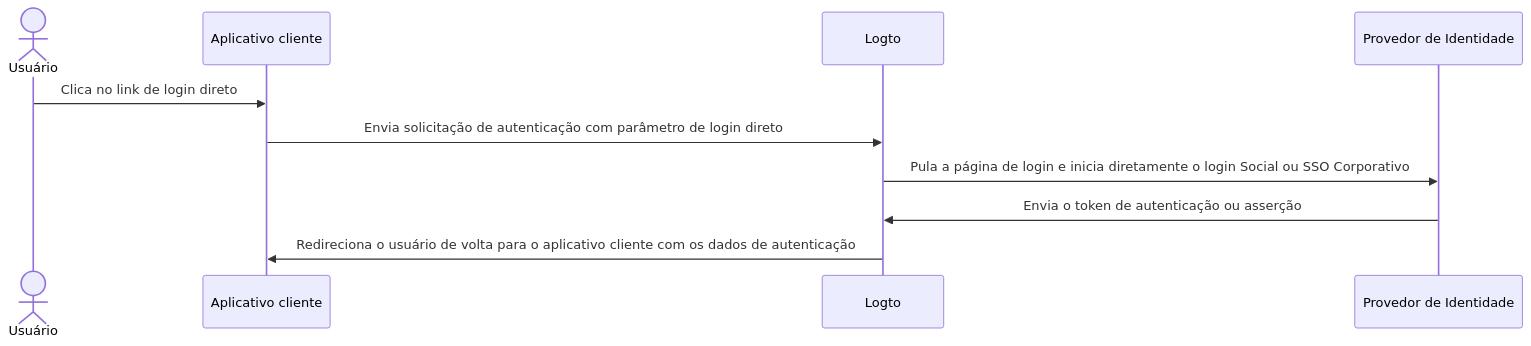
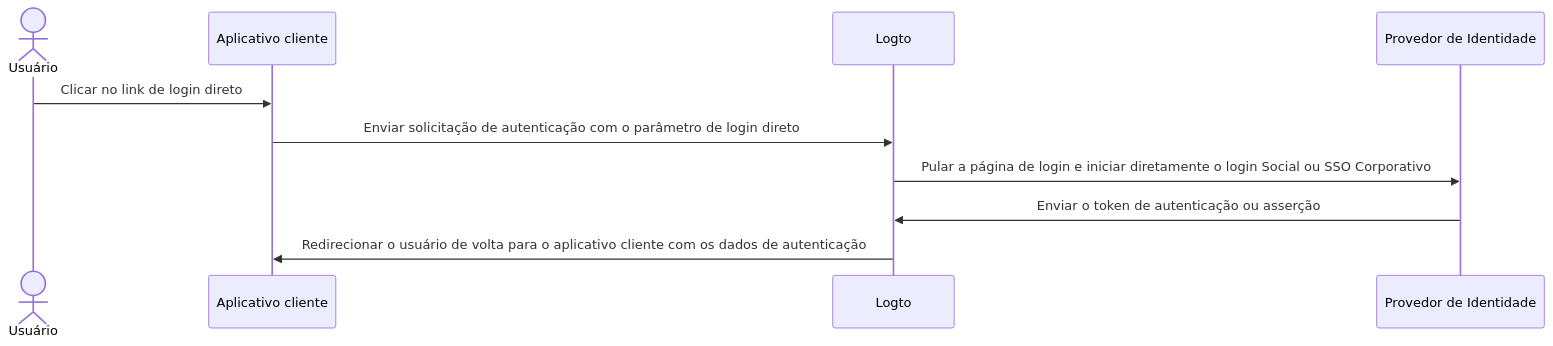
The diagram in i18n/pt-BR/docusaurus-plugin-content-docs/current/end-user-flows/authentication-parameters/direct-sign-in.mdx (logto-io/docs), drawn with Mermaid before and after one commit. The commit also changed other lines of this file and 2629 other files, not shown here.

````diff
--- a/i18n/pt-BR/docusaurus-plugin-content-docs/current/end-user-flows/authentication-parameters/direct-sign-in.mdx
+++ b/i18n/pt-BR/docusaurus-plugin-content-docs/current/end-user-flows/authentication-parameters/direct-sign-in.mdx
@@ -11,13 +14,13 @@
 ```mermaid
 sequenceDiagram
     actor user as Usuário
     participant app as Aplicativo cliente
     participant logto as Logto
     participant idp as Provedor de Identidade
 
-    user->>app: Clica no link de login direto
-    app->>logto: Envia solicitação de autenticação com parâmetro de login direto
-    logto->>idp: Pula a página de login e inicia diretamente o login Social ou SSO Corporativo
-    idp->>logto: Envia o token de autenticação ou asserção
-    logto->>app: Redireciona o usuário de volta para o aplicativo cliente com os dados de autenticação
+    user->>app: Clicar no link de login direto
+    app->>logto: Enviar solicitação de autenticação com o parâmetro de login direto
+    logto->>idp: Pular a página de login e iniciar diretamente o login Social ou SSO Corporativo
+    idp->>logto: Enviar o token de autenticação ou asserção
+    logto->>app: Redirecionar o usuário de volta para o aplicativo cliente com os dados de autenticação
 ```
````
